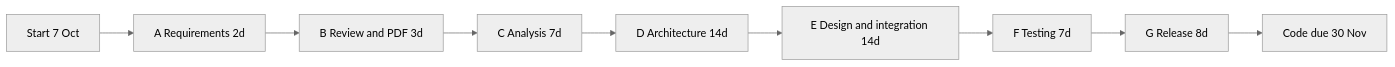
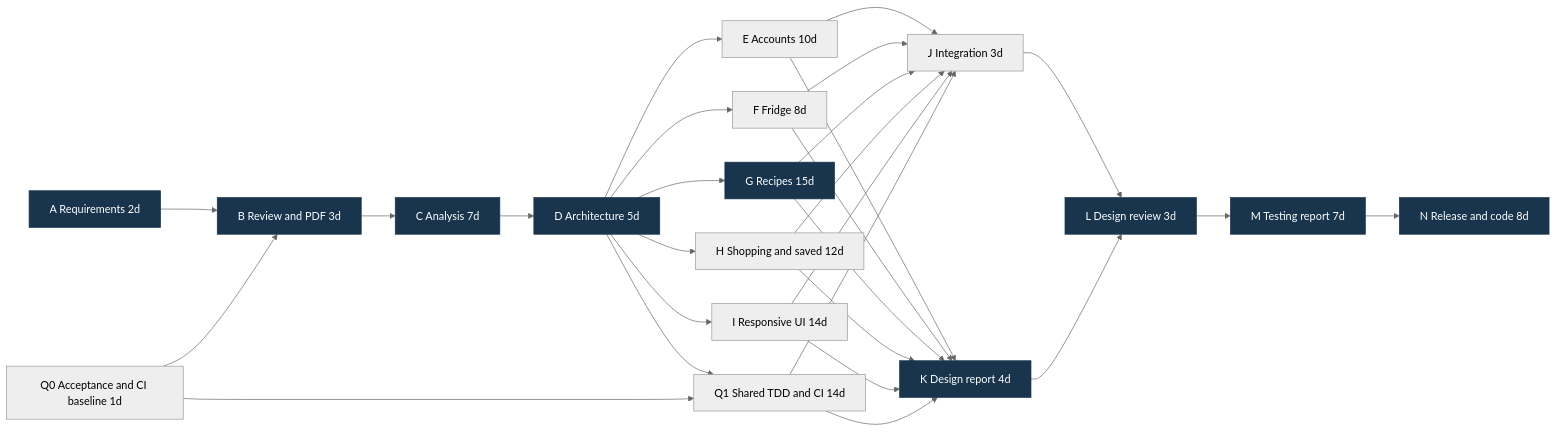
The diagram in docs/plans/pert.md (SarpCizer/CMPE331-Project), drawn with Mermaid (neutral theme) before and after one commit. The commit also changed other lines of this file and 36 other files, not shown here.

Commit message:
Address requirements review: parallel plans, criteria, diagrams and tests

````diff
--- a/docs/plans/pert.md
+++ b/docs/plans/pert.md
@@ -15,11 +30,32 @@
 ```mermaid
 flowchart LR
-    S[Start 7 Oct] --> A[A Requirements 2d]
-    A --> B[B Review and PDF 3d]
-    B --> C[C Analysis 7d]
-    C --> D[D Architecture 14d]
-    D --> E[E Design and integration 14d]
-    E --> F[F Testing 7d]
-    F --> G[G Release 8d]
-    G --> Z[Code due 30 Nov]
+    A["A Requirements 2d"] --> B["B Review and PDF 3d"]
+    Q0["Q0 Acceptance and CI baseline 1d"] --> B
+    B --> C["C Analysis 7d"]
+    C --> D["D Architecture 5d"]
+    D --> E["E Accounts 10d"]
+    D --> F["F Fridge 8d"]
+    D --> G["G Recipes 15d"]
+    D --> H["H Shopping and saved 12d"]
+    D --> I["I Responsive UI 14d"]
+    D --> Q1["Q1 Shared TDD and CI 14d"]
+    Q0 --> Q1
+    E --> J["J Integration 3d"]
+    F --> J
+    G --> J
+    H --> J
+    I --> J
+    Q1 --> J
+    E --> K["K Design report 4d"]
+    F --> K
+    G --> K
+    H --> K
+    I --> K
+    Q1 --> K
+    J --> L["L Design review 3d"]
+    K --> L
+    L --> M["M Testing report 7d"]
+    M --> N["N Release and code 8d"]
+    classDef critical fill:#19354D,color:#FFFFFF,stroke:#19354D;
+    class A,B,C,D,G,K,L,M,N critical;
 ```
````
